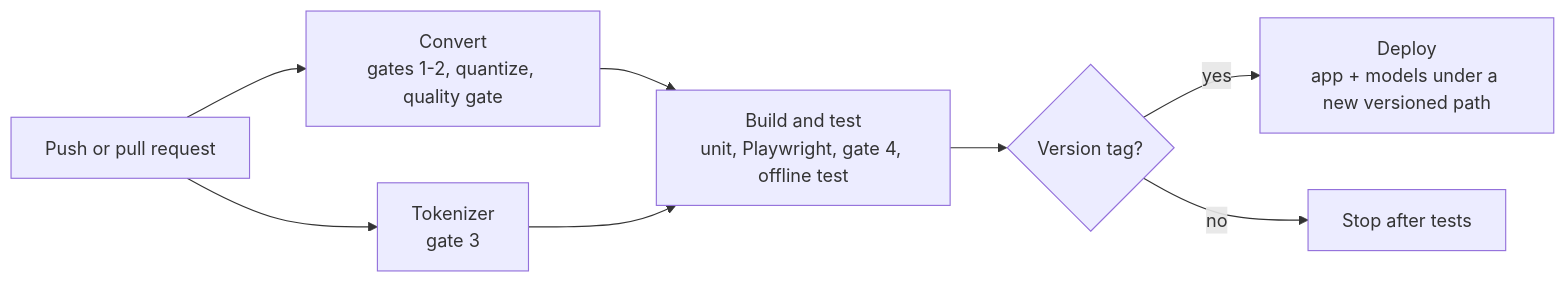
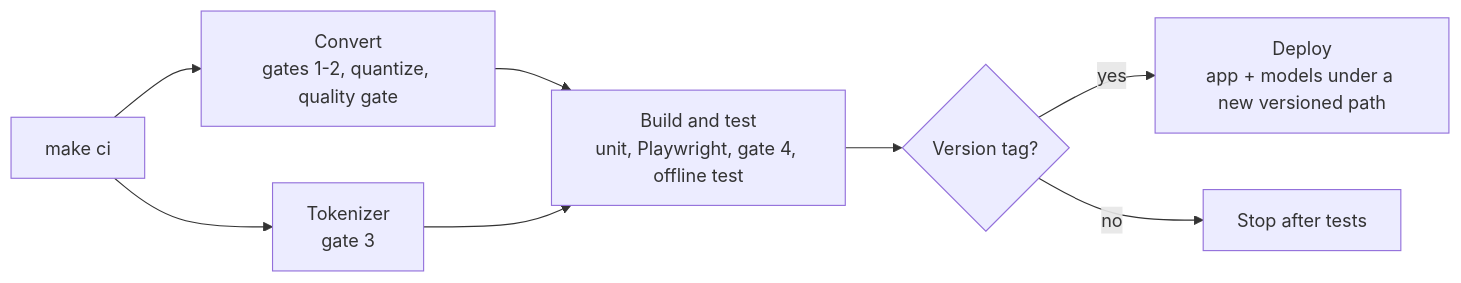
The ninth of 9 diagrams in docs/sinhalalm-browser-proposal.md (sinsankio/sinhalalm-offline), drawn with Mermaid before and after one commit. The commit also changed other lines of this file, not shown here.

````diff
--- a/docs/sinhalalm-browser-proposal.md
+++ b/docs/sinhalalm-browser-proposal.md
@@ -624,10 +633,10 @@
 ```mermaid
 flowchart LR
-  P["Push or pull request"] --> J1["Convert<br/>gates 1-2, quantize, quality gate"]
+  P["make ci"] --> J1["Convert<br/>gates 1-2, quantize, quality gate"]
   P --> J2["Tokenizer<br/>gate 3"]
   J1 --> J3["Build and test<br/>unit, Playwright, gate 4, offline test"]
   J2 --> J3
   J3 --> T{"Version tag?"}
   T -->|"yes"| J4["Deploy<br/>app + models under a new versioned path"]
   T -->|"no"| X["Stop after tests"]
 ```
````
